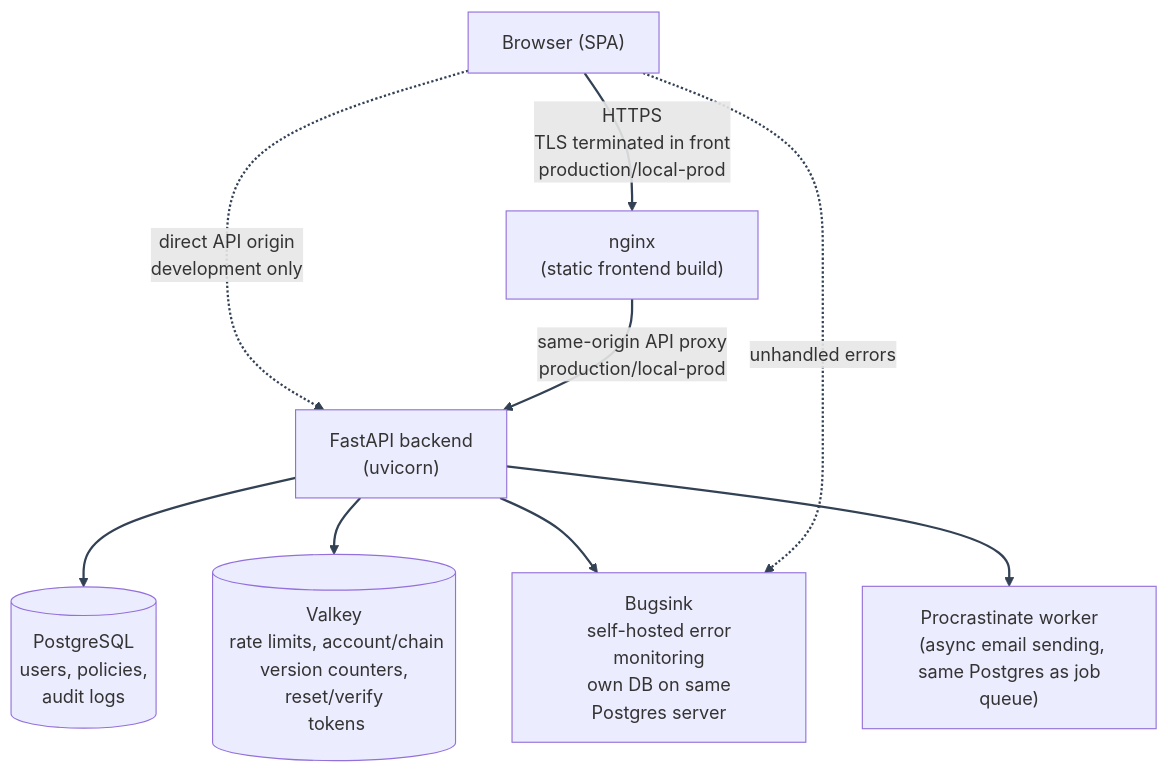
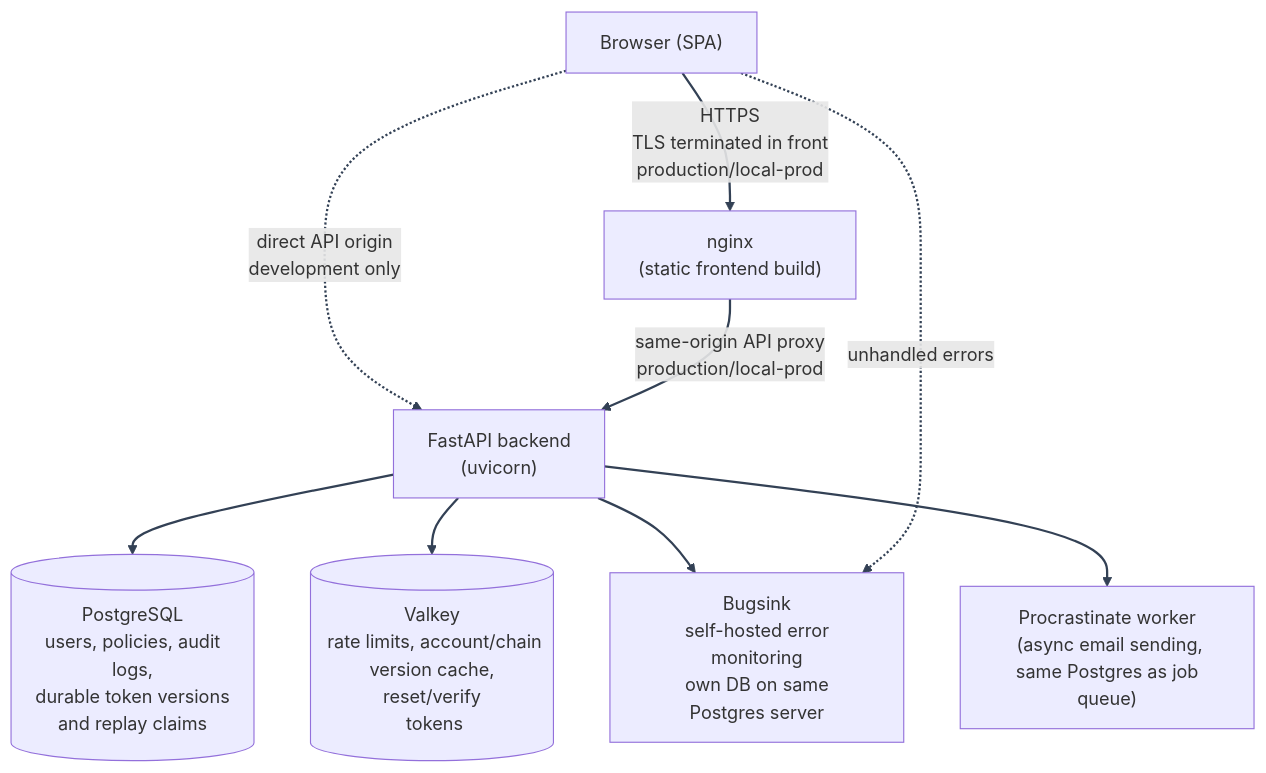
One commit to Nachiket-2024/mystic-auth changed the diagram in README.md. Above: the diagram before and after it, drawn with Mermaid. The commit also changed other lines of this file and 376 other files, not shown here.

````diff
--- a/README.md
+++ b/README.md
@@ -56,16 +56,16 @@
 ```mermaid
 %%{init: {"themeVariables": {"lineColor": "#334155"}} }%%
 flowchart TD
     Browser["Browser (SPA)"]
     Browser -- "HTTPS\n TLS terminated in front\n production/local-prod" --> Nginx
     Browser -. "direct API origin\n development only" .-> Backend
     Nginx["nginx\n (static frontend build)"]
     Backend["FastAPI backend\n (uvicorn)"]
     Nginx -->|"same-origin API proxy\n production/local-prod"| Backend
-    Backend --> Postgres[("PostgreSQL\n users, policies,\n audit logs")]
-    Backend --> Valkey[("Valkey\n rate limits, account/chain\n version counters, reset/verify\n tokens")]
+    Backend --> Postgres[("PostgreSQL\n users, policies, audit logs,\n durable token versions and replay claims")]
+    Backend --> Valkey[("Valkey\n rate limits, account/chain\n version cache, reset/verify\n tokens")]
     Backend --> Bugsink["Bugsink\n self-hosted error monitoring\n own DB on same Postgres server"]
     Browser -. "unhandled errors" .-> Bugsink
     Backend --> Procrastinate["Procrastinate worker\n (async email sending,\n same Postgres as job queue)"]
     linkStyle default stroke:#334155,stroke-width:2px
 ```
````
